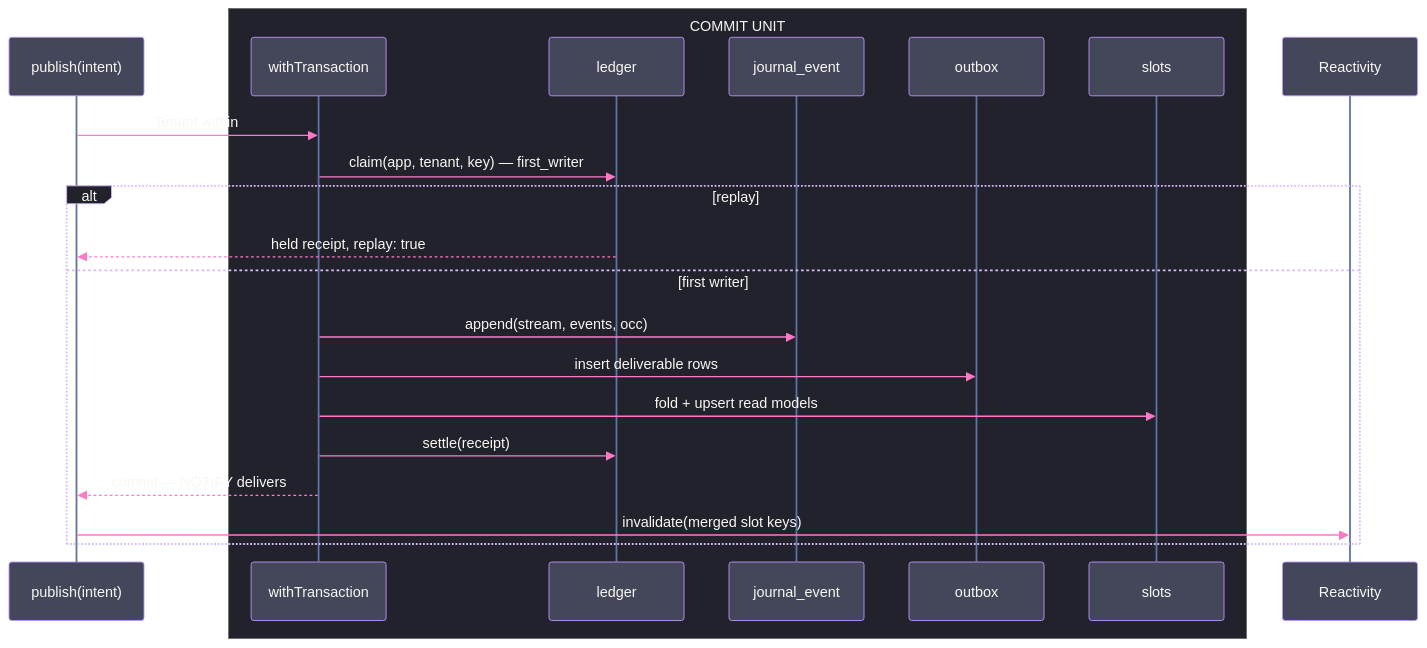
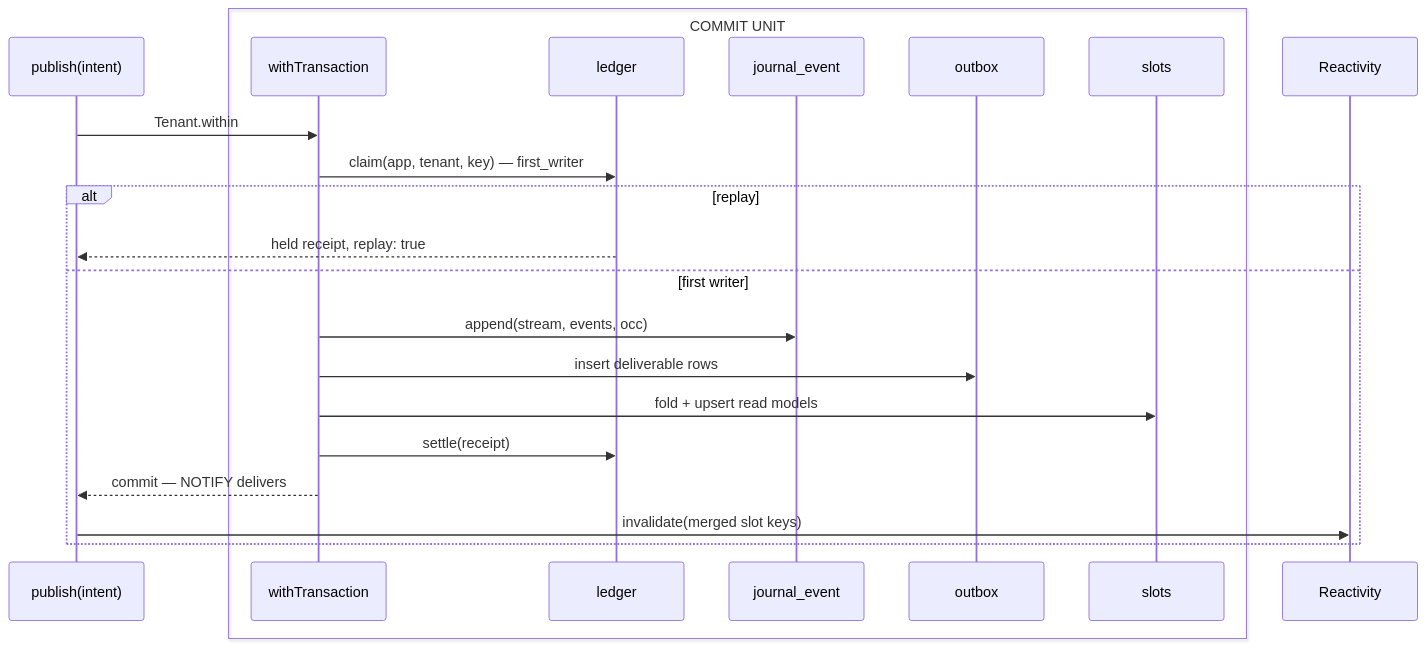
The diagram in libs/typescript/data/.planning/journal/append.md (bsamiee/Rasm), drawn with Mermaid before and after one commit. The commit also changed other lines of this file and 293 other files, not shown here.

````diff
--- a/libs/typescript/data/.planning/journal/append.md
+++ b/libs/typescript/data/.planning/journal/append.md
@@ -312,56 +306,26 @@
 ```mermaid conceptual
----
-config:
-  theme: base
-  look: classic
-  themeVariables:
-    darkMode: true
-    fontFamily: "SF Mono, Menlo, Cascadia Mono, Segoe UI Mono, Consolas, monospace"
-    useGradient: false
-    dropShadow: "none"
-    background: "#282A36"
-    primaryColor: "#44475A"
-    primaryTextColor: "#F8F8F2"
-    noteBkgColor: "#44475A"
-    noteTextColor: "#F8F8F2"
-    noteBorderColor: "#6272A4"
-    actorBkg: "#44475A"
-    actorBorder: "#BD93F9"
-    actorTextColor: "#F8F8F2"
-    actorLineColor: "#6272A4"
-    signalColor: "#FF79C6"
-    signalTextColor: "#F8F8F2"
-    sequenceNumberColor: "#282A36"
-    activationBkgColor: "#44475A"
-    activationBorderColor: "#BD93F9"
-    loopTextColor: "#F8F8F2"
-    labelBoxBkgColor: "#21222C"
-    labelBoxBorderColor: "#D6BCFA"
-    labelTextColor: "#F8F8F2"
-  themeCSS: "text.actor tspan{font-size:13px;font-weight:600}.messageText{font-size:12px;font-weight:500}.noteText{font-size:12px}.loopText,.labelText{font-size:12px;font-weight:500}.messageLine0{stroke-width:2px}.messageLine1{stroke-width:1.5px;stroke-dasharray:4 6}.actor{stroke-width:1.5px}rect.actor{filter:none!important}[id$='-filled-head'] path{fill:#FF79C6;stroke:#FF79C6}"
----
 sequenceDiagram
   accTitle: Atomic journal publish
   accDescr: The transaction claims idempotency, appends events and deliverables, projects slots, settles the receipt, commits, and then invalidates reactive readers.
   participant P as publish(intent)
-  box rgb(33, 34, 44) COMMIT UNIT
+  box transparent COMMIT UNIT
     participant T as withTransaction
     participant L as ledger
     participant J as journal_event
     participant O as outbox
     participant S as slots
   end
   participant R as Reactivity
   P->>T: Tenant.within
   T->>L: claim(app, tenant, key) — first_writer
   alt replay
     L-->>P: held receipt, replay: true
   else first writer
     T->>J: append(stream, events, occ)
     T->>O: insert deliverable rows
     T->>S: fold + upsert read models
     T->>L: settle(receipt)
     T-->>P: commit — NOTIFY delivers
     P->>R: invalidate(merged slot keys)
   end
 ```
````
